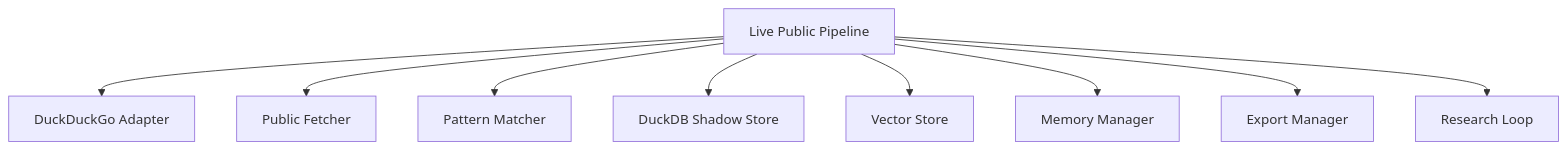
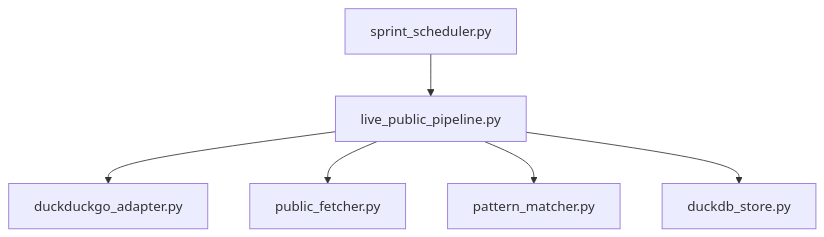
Diagram 11 of 11 in .qoder/repowiki/en/content/Pipeline System/Live Public Pipeline.md (Hamulda/hledac-universal), drawn with Mermaid before and after one commit. The commit also changed other lines of this file and 236 other files, not shown here.

Commit message:
feat: F234 prelive gate, acquisition strategy and sprint scheduler improvements

````diff
--- a/.qoder/repowiki/en/content/Pipeline System/Live Public Pipeline.md
+++ b/.qoder/repowiki/en/content/Pipeline System/Live Public Pipeline.md
@@ -303,20 +350,8 @@
 ```mermaid
 graph TB
-LP["Live Public Pipeline"]
-DDG["DuckDuckGo Adapter"]
-PF["Public Fetcher"]
-PM["Pattern Matcher"]
-DB["DuckDB Shadow Store"]
-VE["Vector Store"]
-MM["Memory Manager"]
-EM["Export Manager"]
-RL["Research Loop"]
-LP --> DDG
-LP --> PF
-LP --> PM
-LP --> DB
-LP --> VE
-LP --> MM
-LP --> EM
-LP --> RL
+LPP["live_public_pipeline.py"] --> DDG["duckduckgo_adapter.py"]
+LPP --> PF["public_fetcher.py"]
+LPP --> PM["pattern_matcher.py"]
+LPP --> DDB["duckdb_store.py"]
+SCH["sprint_scheduler.py"] --> LPP
 ```
````
